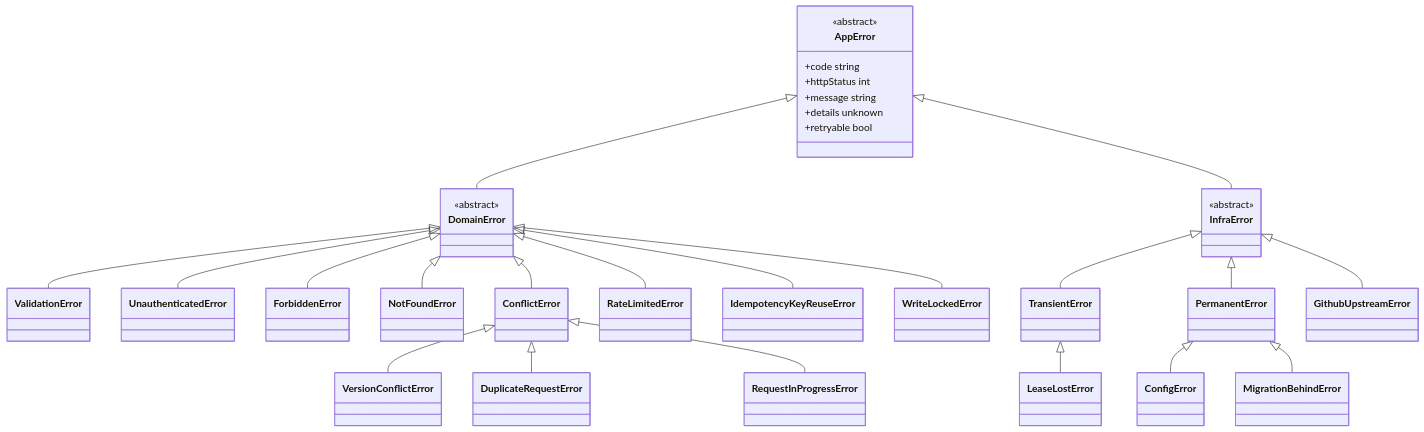
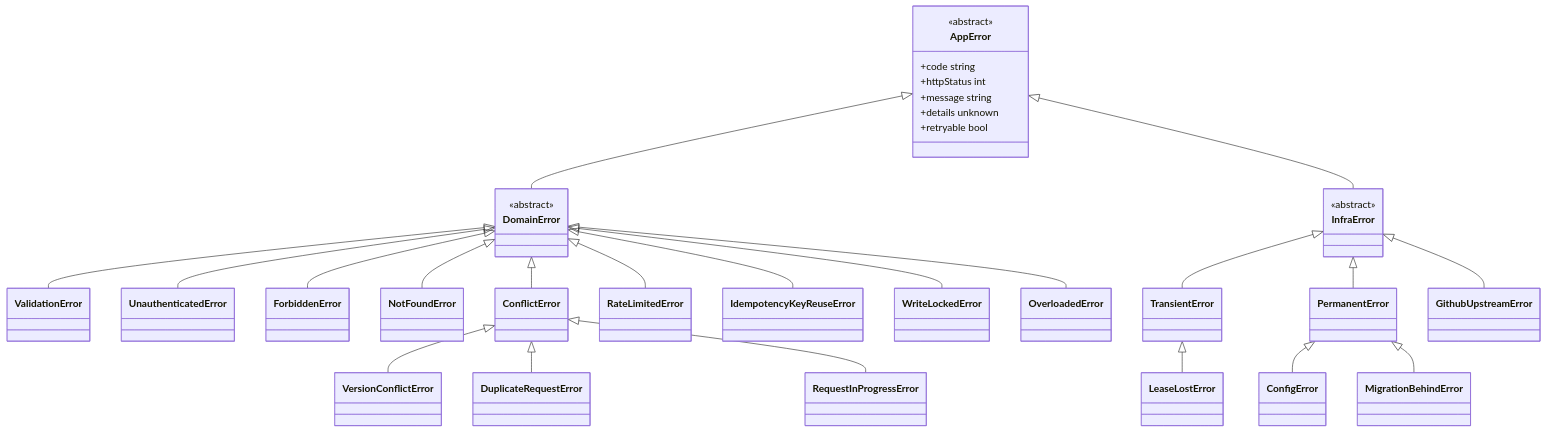
The sixth of 9 diagrams in docs/design/00-system-overview.md (1985jwlee/portpolio_backend), drawn with Mermaid before and after one commit. The commit also changed other lines of this file and 21 other files, not shown here.

````diff
--- a/docs/design/00-system-overview.md
+++ b/docs/design/00-system-overview.md
@@ -302,56 +303,58 @@
 ```mermaid
 classDiagram
     class AppError {
         <<abstract>>
         +code string
         +httpStatus int
         +message string
         +details unknown
         +retryable bool
     }
     class DomainError {
         <<abstract>>
     }
     class InfraError {
         <<abstract>>
     }
     AppError <|-- DomainError
     AppError <|-- InfraError
 
     class ValidationError
     class UnauthenticatedError
     class ForbiddenError
     class NotFoundError
     class ConflictError
     class VersionConflictError
     class RateLimitedError
     class DuplicateRequestError
     DomainError <|-- ValidationError
     DomainError <|-- UnauthenticatedError
     DomainError <|-- ForbiddenError
     DomainError <|-- NotFoundError
     DomainError <|-- ConflictError
     ConflictError <|-- VersionConflictError
     DomainError <|-- RateLimitedError
     ConflictError <|-- DuplicateRequestError
 
     class RequestInProgressError
     class IdempotencyKeyReuseError
     class WriteLockedError
+    class OverloadedError
     ConflictError <|-- RequestInProgressError
     DomainError <|-- IdempotencyKeyReuseError
     DomainError <|-- WriteLockedError
+    DomainError <|-- OverloadedError
 
     class TransientError
     class PermanentError
     class LeaseLostError
     class GithubUpstreamError
     class ConfigError
     class MigrationBehindError
     InfraError <|-- TransientError
     InfraError <|-- PermanentError
     TransientError <|-- LeaseLostError
     InfraError <|-- GithubUpstreamError
     PermanentError <|-- ConfigError
     PermanentError <|-- MigrationBehindError
 ```
````
